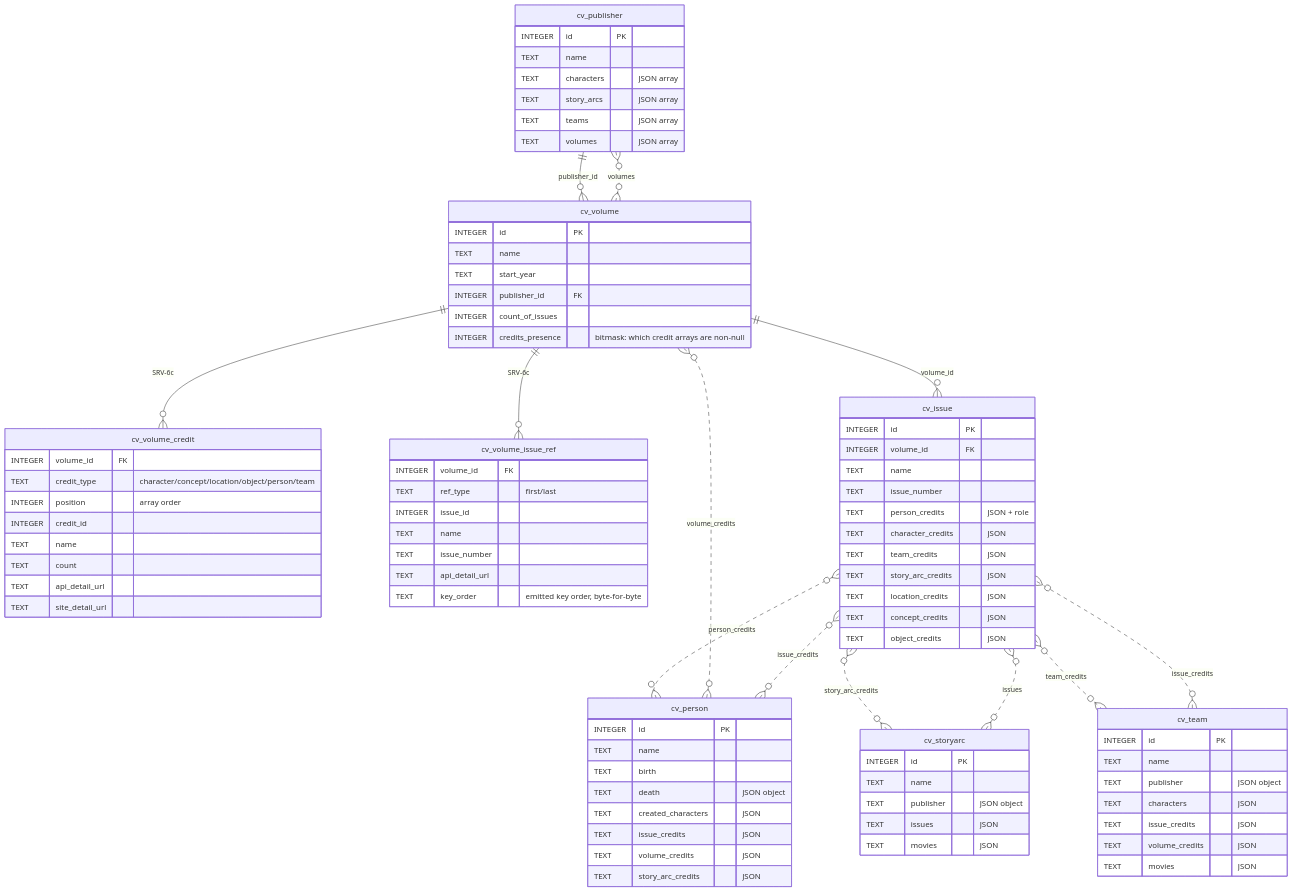
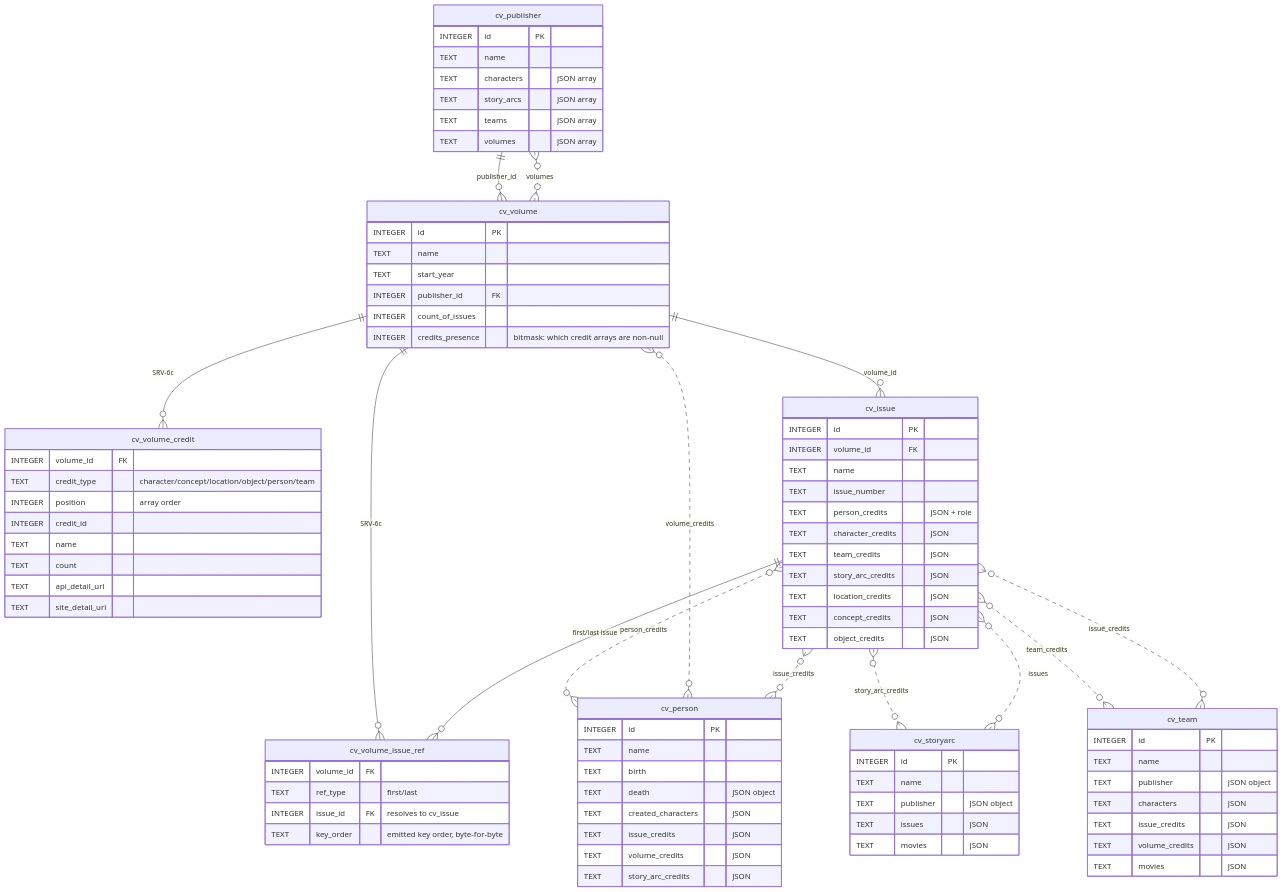
One commit to javabits-github/local-comicvine-api changed the third of 3 diagrams in docs/architecture.md. Above: the diagram before and after it, drawn with Mermaid. The commit also changed other lines of this file and 8 other files, not shown here.

Commit message:
SRV-6c revisit - first_issue and last_issue to use issue_id to reference the cv_issue table

```diff
--- a/docs/architecture.md
+++ b/docs/architecture.md
@@ -120,10 +120,7 @@
     cv_volume_issue_ref {
         INTEGER volume_id FK
         TEXT ref_type "first/last"
-        INTEGER issue_id
-        TEXT name
-        TEXT issue_number
-        TEXT api_detail_url
+        INTEGER issue_id FK "resolves to cv_issue"
         TEXT key_order "emitted key order, byte-for-byte"
     }
     cv_issue {
@@ -170,6 +167,7 @@
     cv_publisher ||--o{ cv_volume : publisher_id
     cv_volume ||--o{ cv_volume_credit : "SRV-6c"
     cv_volume ||--o{ cv_volume_issue_ref : "SRV-6c"
+    cv_issue ||--o{ cv_volume_issue_ref : "first/last issue"
     cv_issue }o..o{ cv_person : person_credits
     cv_issue }o..o{ cv_storyarc : story_arc_credits
     cv_issue }o..o{ cv_team : team_credits
```
